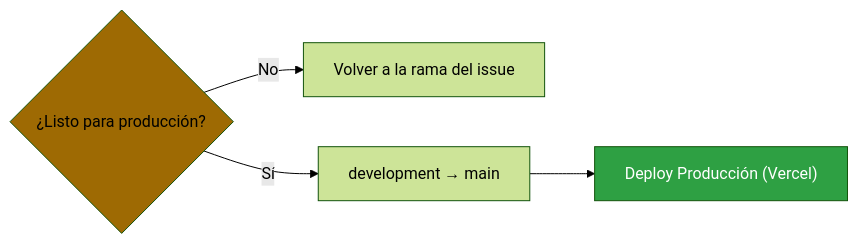
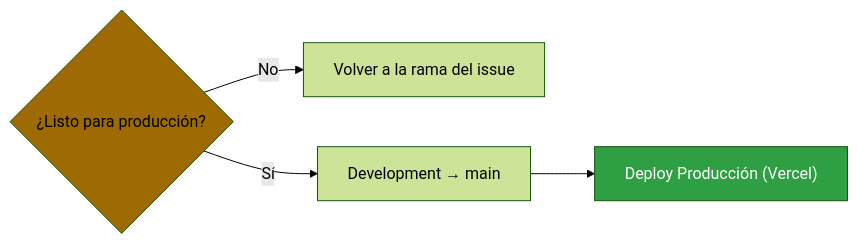
One commit to Stivaly/PanasAyudan changed the second of 2 diagrams in CONTRIBUTING.md. Above: the diagram before and after it, drawn with Mermaid (forest theme). The commit also changed other lines of this file and 5 other files, not shown here.

````diff
--- a/CONTRIBUTING.md
+++ b/CONTRIBUTING.md
@@ -41,9 +47,9 @@
 ```mermaid
 flowchart LR
     G{"¿Listo para producción?"} -- No --> B["Volver a la rama del issue"]
-    G -- Sí --> H["development → main"]
+    G -- Sí --> H["Development → main"]
     H --> I["Deploy Producción (Vercel)"]
  
     style I fill:#2ea043,color:#fff
     style G fill:#9e6a03,color:#f
 ```
````
